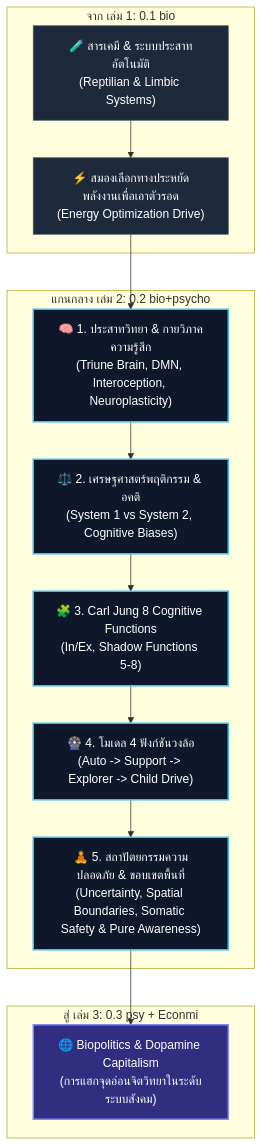
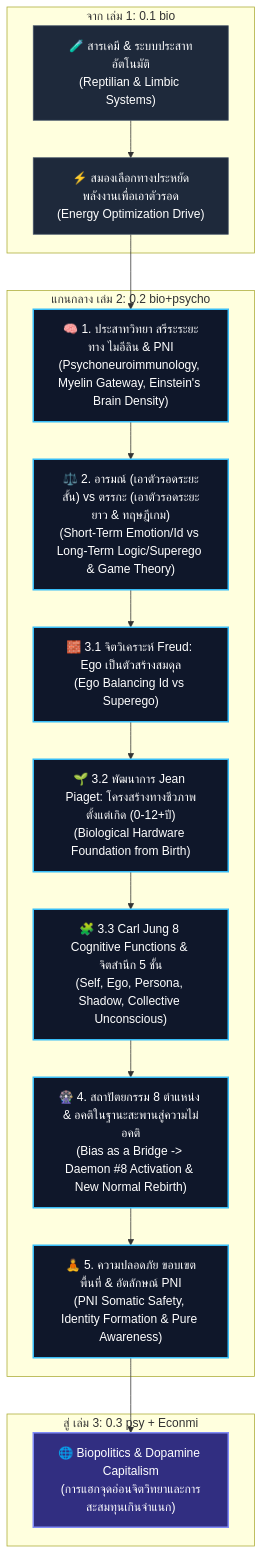
The diagram in uet_history/3_publish/books/biology_psychology_economics/02_biology_psychology/book_blueprint.md (ellipszist/unityequilibriumtheory), drawn with Mermaid before and after one commit. The commit also changed other lines of this file and 74 other files, not shown here.

````diff
--- a/uet_history/3_publish/books/biology_psychology_economics/02_biology_psychology/book_blueprint.md
+++ b/uet_history/3_publish/books/biology_psychology_economics/02_biology_psychology/book_blueprint.md
@@ -12,35 +15,39 @@
 ```mermaid
 graph TD
     subgraph FromBio ["จาก เล่ม 1: 0.1 bio"]
         BioBase["🧪 สารเคมี & ระบบประสาทอัตโนมัติ<br/>(Reptilian & Limbic Systems)"]
         EnergyOptimization["⚡ สมองเลือกทางประหยัดพลังงานเพื่อเอาตัวรอด<br/>(Energy Optimization Drive)"]
     end
 
     subgraph Book2Core ["แกนกลาง เล่ม 2: 0.2 bio+psycho"]
-        NeuroBase["🧠 1. ประสาทวิทยา & กายวิภาคความรู้สึก<br/>(Triune Brain, DMN, Interoception, Neuroplasticity)"]
-        BehavioralEcon["⚖️ 2. เศรษฐศาสตร์พฤติกรรม & อคติ<br/>(System 1 vs System 2, Cognitive Biases)"]
-        JungFunctions["🧩 3. Carl Jung 8 Cognitive Functions<br/>(In/Ex, Shadow Functions 5-8)"]
-        FourFunctionModel["🎡 4. โมเดล 4 ฟังก์ชันวงล้อ<br/>(Auto -> Support -> Explorer -> Child Drive)"]
-        Purification["🧘 5. สถาปัตยกรรมความปลอดภัย & ขอบเขตพื้นที่<br/>(Uncertainty, Spatial Boundaries, Somatic Safety & Pure Awareness)"]
+        NeuroBase["🧠 1. ประสาทวิทยา สรีระระยะทาง ไมอีลิน & PNI<br/>(Psychoneuroimmunology, Myelin Gateway, Einstein's Brain Density)"]
+        BehavioralEcon["⚖️ 2. อารมณ์ (เอาตัวรอดระยะสั้น) vs ตรรกะ (เอาตัวรอดระยะยาว & ทฤษฎีเกม)<br/>(Short-Term Emotion/Id vs Long-Term Logic/Superego & Game Theory)"]
+        FreudEgo["🧱 3.1 จิตวิเคราะห์ Freud: Ego เป็นตัวสร้างสมดุล<br/>(Ego Balancing Id vs Superego)"]
+        PiagetHardware["🌱 3.2 พัฒนาการ Jean Piaget: โครงสร้างทางชีวภาพตั้งแต่เกิด (0-12+ปี)<br/>(Biological Hardware Foundation from Birth)"]
+        JungFunctions["🧩 3.3 Carl Jung 8 Cognitive Functions & จิตสำนึก 5 ชั้น<br/>(Self, Ego, Persona, Shadow, Collective Unconscious)"]
+        FunctionalPositions["🎡 4. สถาปัตยกรรม 8 ตำแหน่ง & อคติในฐานะสะพานสู่ความไม่อคติ<br/>(Bias as a Bridge -> Daemon #8 Activation & New Normal Rebirth)"]
+        Purification["🧘 5. ความปลอดภัย ขอบเขตพื้นที่ & อัตลักษณ์ PNI<br/>(PNI Somatic Safety, Identity Formation & Pure Awareness)"]
     end
 
     subgraph ToBook3 ["สู่ เล่ม 3: 0.3 psy + Econmi"]
-        Biopolitics["🌐 Biopolitics & Dopamine Capitalism<br/>(การแฮกจุดอ่อนจิตวิทยาในระดับระบบสังคม)"]
+        Biopolitics["🌐 Biopolitics & Dopamine Capitalism<br/>(การแฮกจุดอ่อนจิตวิทยาและการสะสมทุนเกินจำแนก)"]
     end
 
     BioBase --> EnergyOptimization
     EnergyOptimization --> NeuroBase
     NeuroBase --> BehavioralEcon
-    BehavioralEcon --> JungFunctions
-    JungFunctions --> FourFunctionModel
-    FourFunctionModel --> Purification
+    BehavioralEcon --> FreudEgo
+    FreudEgo --> PiagetHardware
+    PiagetHardware --> JungFunctions
+    JungFunctions --> FunctionalPositions
+    FunctionalPositions --> Purification
     Purification --> Biopolitics
 
     classDef bio fill:#1e293b,stroke:#475569,color:#fff;
     classDef psy fill:#0f172a,stroke:#38bdf8,stroke-width:2px,color:#fff;
     classDef sys fill:#312e81,stroke:#818cf8,stroke-width:2px,color:#fff;
 
     class BioBase,EnergyOptimization bio;
-    class NeuroBase,BehavioralEcon,JungFunctions,FourFunctionModel,Purification psy;
+    class NeuroBase,BehavioralEcon,FreudEgo,PiagetHardware,JungFunctions,FunctionalPositions,Purification psy;
     class Biopolitics sys;
 ```
````
